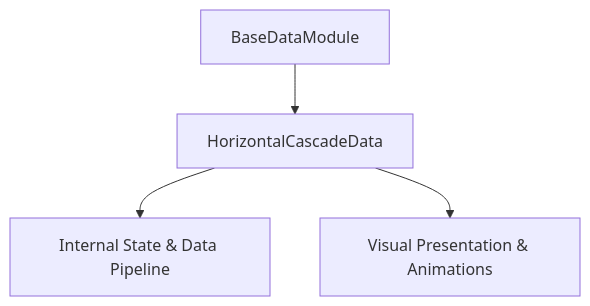
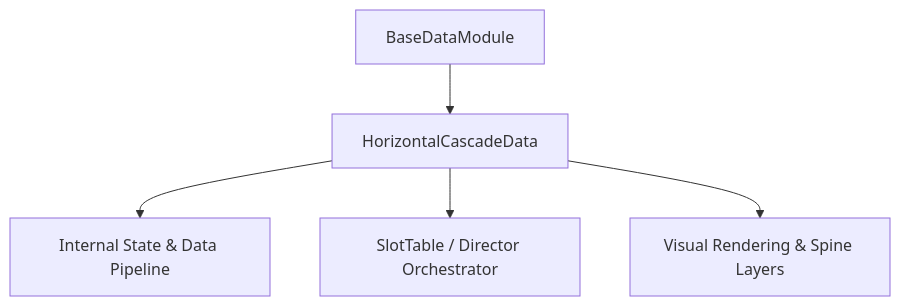
Before and after one commit to lam-ark/mcp-fwcc: the diagram in docs/cc_slot_mechanics/modules/HorizontalCascadeData/01_overview/01_architecture_and_role.md, drawn with Mermaid. The commit also changed other lines of this file and 2509 other files, not shown here.

````diff
--- a/docs/cc_slot_mechanics/modules/HorizontalCascadeData/01_overview/01_architecture_and_role.md
+++ b/docs/cc_slot_mechanics/modules/HorizontalCascadeData/01_overview/01_architecture_and_role.md
@@ -18,6 +24,7 @@
 ```mermaid
 graph TD
-    Parent[BaseDataModule] --> Mod[HorizontalCascadeData]
-    Mod --> State[Internal State & Data Pipeline]
-    Mod --> Render[Visual Presentation & Animations]
+    SuperClass[BaseDataModule] --> TargetClass[HorizontalCascadeData]
+    TargetClass --> DataPipeline[Internal State & Data Pipeline]
+    TargetClass --> Orchestrator[SlotTable / Director Orchestrator]
+    TargetClass --> ViewLayer[Visual Rendering & Spine Layers]
 ```
````
